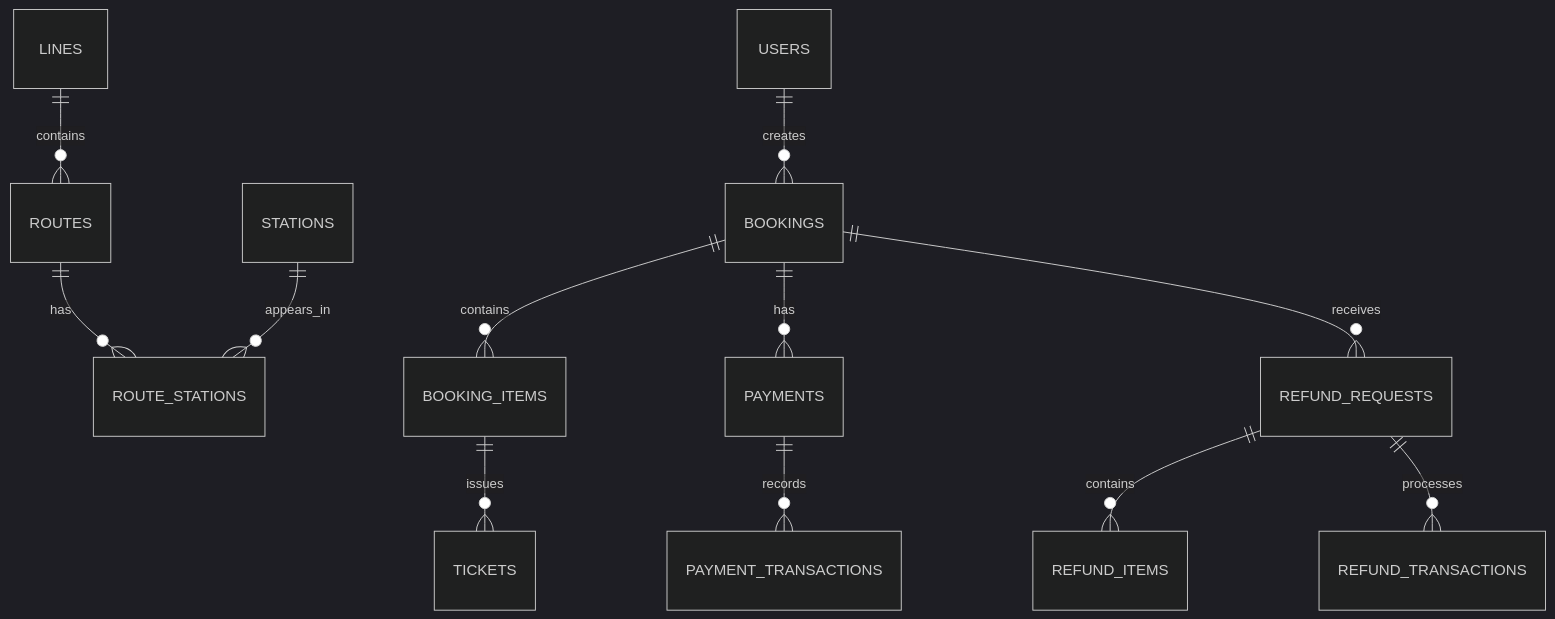
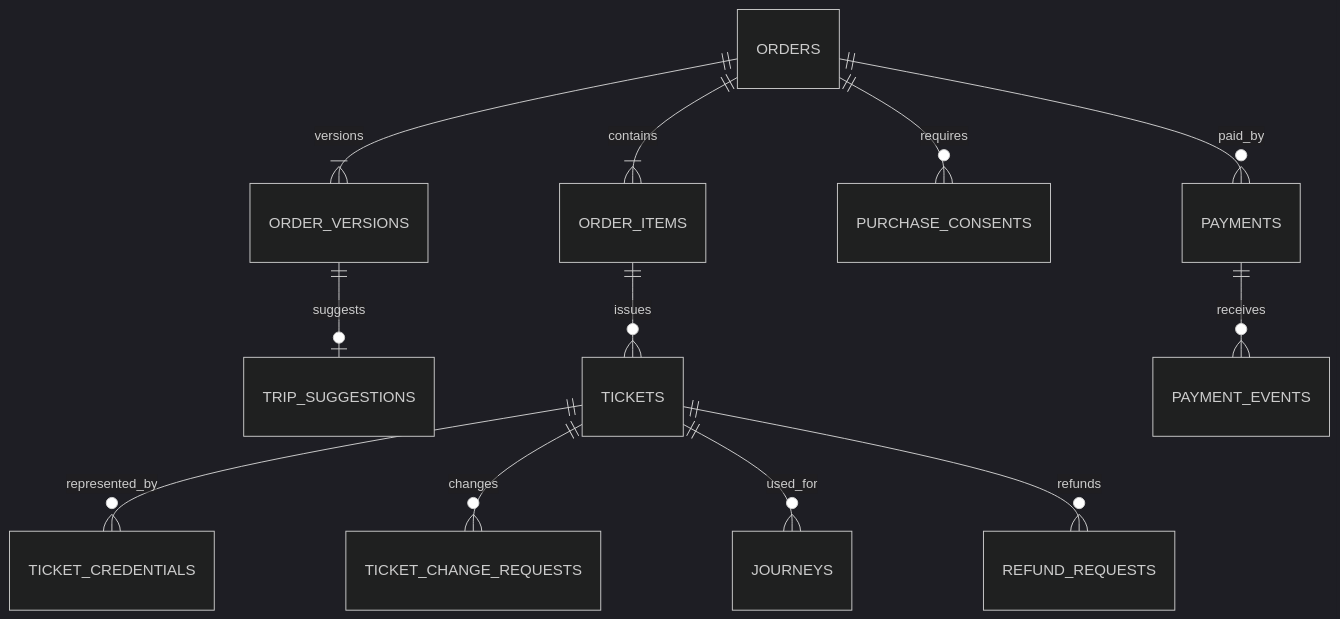
The second of 4 diagrams in README.md (macdogiahuy/Metro-ticket-management-system), drawn with Mermaid (dark theme) before and after one commit. The commit also changed other lines of this file, not shown here.

````diff
--- a/README.md
+++ b/README.md
@@ -454,14 +541,14 @@
 ``` mermaid
 erDiagram
-    USERS ||--o{ BOOKINGS : creates
-    LINES ||--o{ ROUTES : contains
-    ROUTES ||--o{ ROUTE_STATIONS : has
-    STATIONS ||--o{ ROUTE_STATIONS : appears_in
-    BOOKINGS ||--o{ BOOKING_ITEMS : contains
-    BOOKING_ITEMS ||--o{ TICKETS : issues
-    BOOKINGS ||--o{ PAYMENTS : has
-    PAYMENTS ||--o{ PAYMENT_TRANSACTIONS : records
-    BOOKINGS ||--o{ REFUND_REQUESTS : receives
-    REFUND_REQUESTS ||--o{ REFUND_ITEMS : contains
-    REFUND_REQUESTS ||--o{ REFUND_TRANSACTIONS : processes
+    ORDERS ||--|{ ORDER_VERSIONS : versions
+    ORDERS ||--|{ ORDER_ITEMS : contains
+    ORDER_VERSIONS ||--o| TRIP_SUGGESTIONS : suggests
+    ORDERS ||--o{ PURCHASE_CONSENTS : requires
+    ORDER_ITEMS ||--o{ TICKETS : issues
+    TICKETS ||--o{ TICKET_CREDENTIALS : represented_by
+    TICKETS ||--o{ TICKET_CHANGE_REQUESTS : changes
+    TICKETS ||--o{ JOURNEYS : used_for
+    ORDERS ||--o{ PAYMENTS : paid_by
+    PAYMENTS ||--o{ PAYMENT_EVENTS : receives
+    TICKETS ||--o{ REFUND_REQUESTS : refunds
 ```
````
